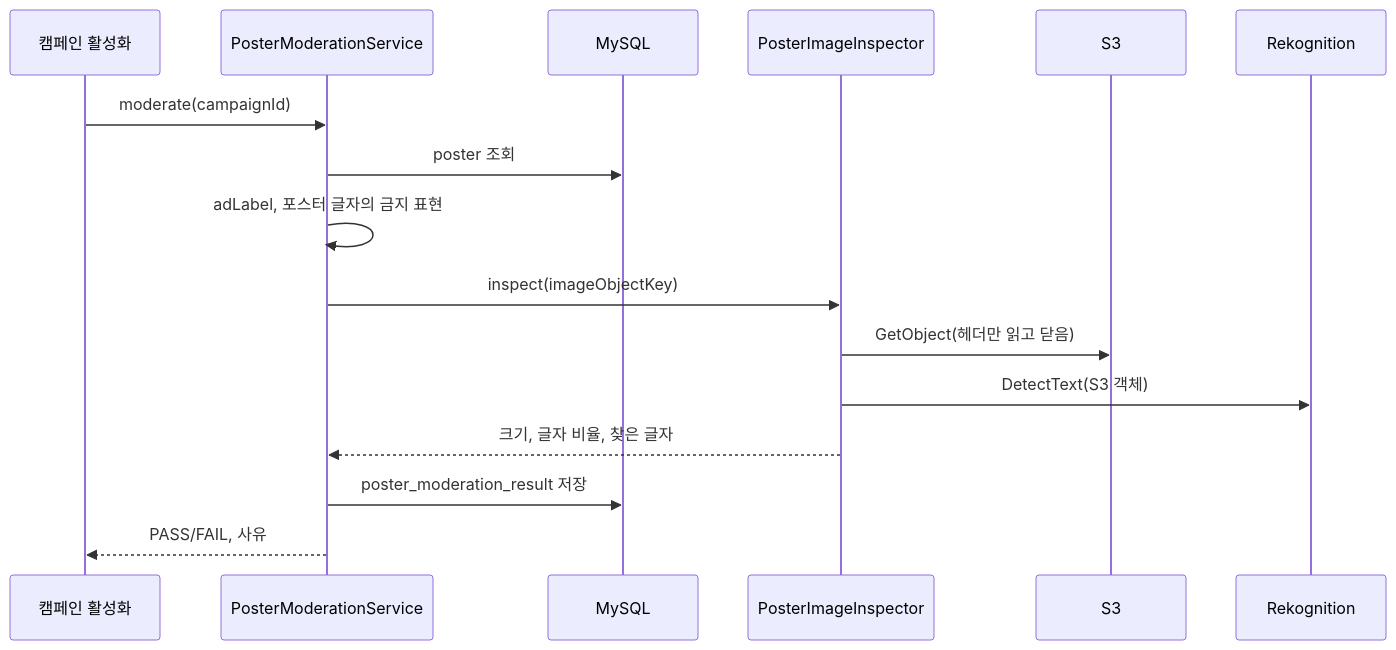
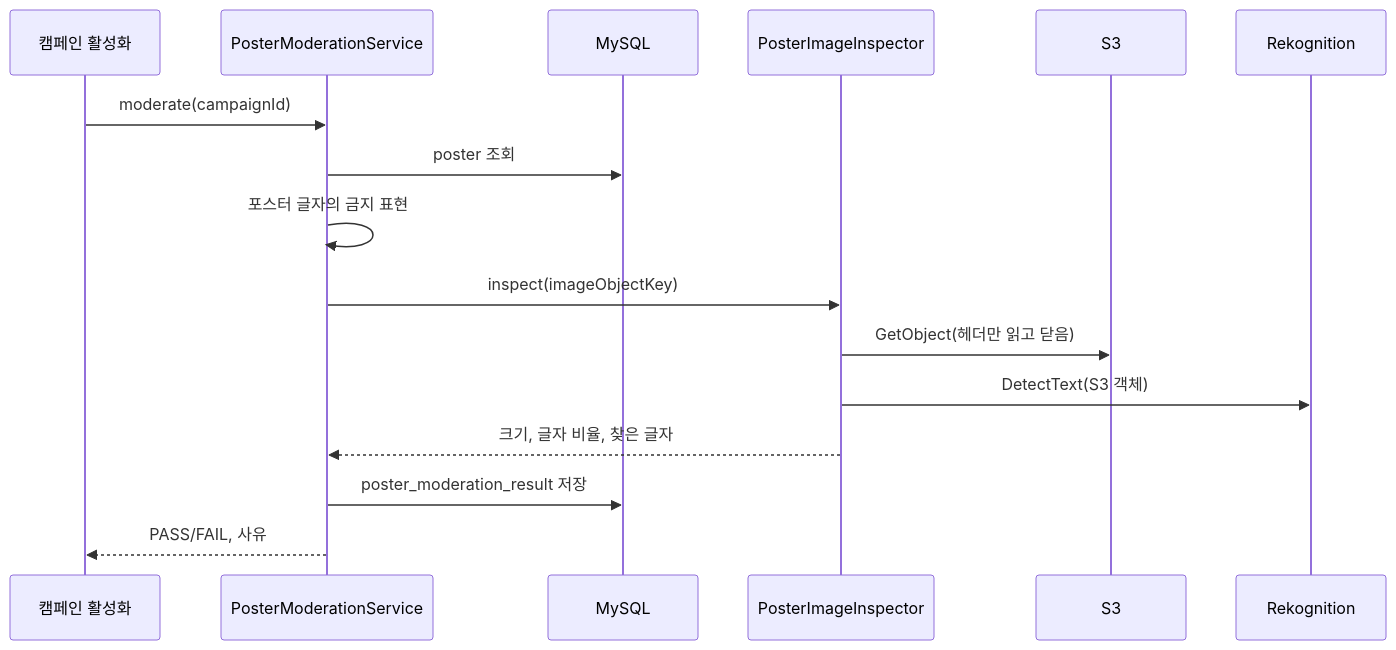
The diagram in docs/design/campaign/poster_구조와_동작_설계.md (lunch-catch/lc-backend), drawn with Mermaid before and after one commit. The commit also changed other lines of this file and 4 other files, not shown here.

````diff
--- a/docs/design/campaign/poster_구조와_동작_설계.md
+++ b/docs/design/campaign/poster_구조와_동작_설계.md
@@ -75,18 +74,18 @@
 ```mermaid
 sequenceDiagram
     participant A as 캠페인 활성화
     participant S as PosterModerationService
     participant DB as MySQL
     participant I as PosterImageInspector
     participant S3 as S3
     participant R as Rekognition
     A->>S: moderate(campaignId)
     S->>DB: poster 조회
-    S->>S: adLabel, 포스터 글자의 금지 표현
+    S->>S: 포스터 글자의 금지 표현
     S->>I: inspect(imageObjectKey)
     I->>S3: GetObject(헤더만 읽고 닫음)
     I->>R: DetectText(S3 객체)
     I-->>S: 크기, 글자 비율, 찾은 글자
     S->>DB: poster_moderation_result 저장
     S-->>A: PASS/FAIL, 사유
 ```
````
